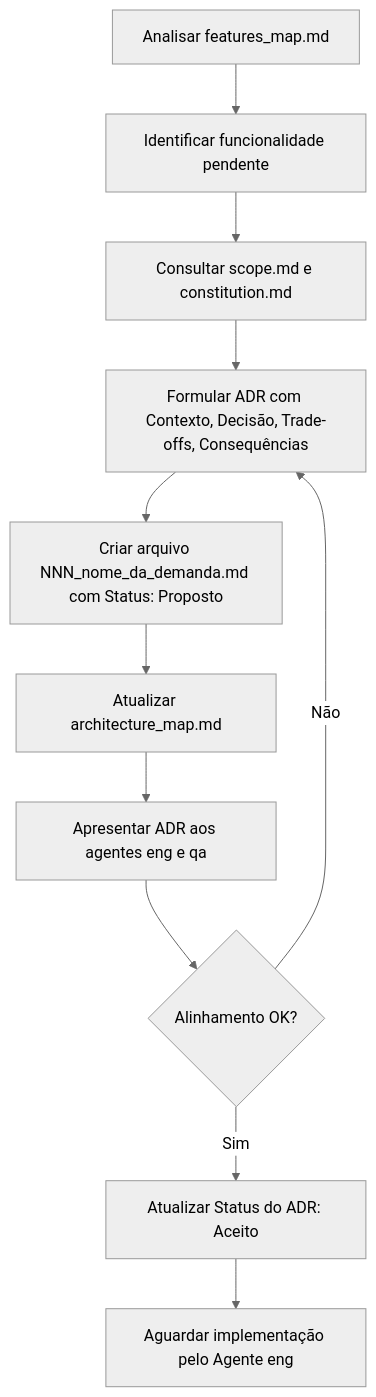
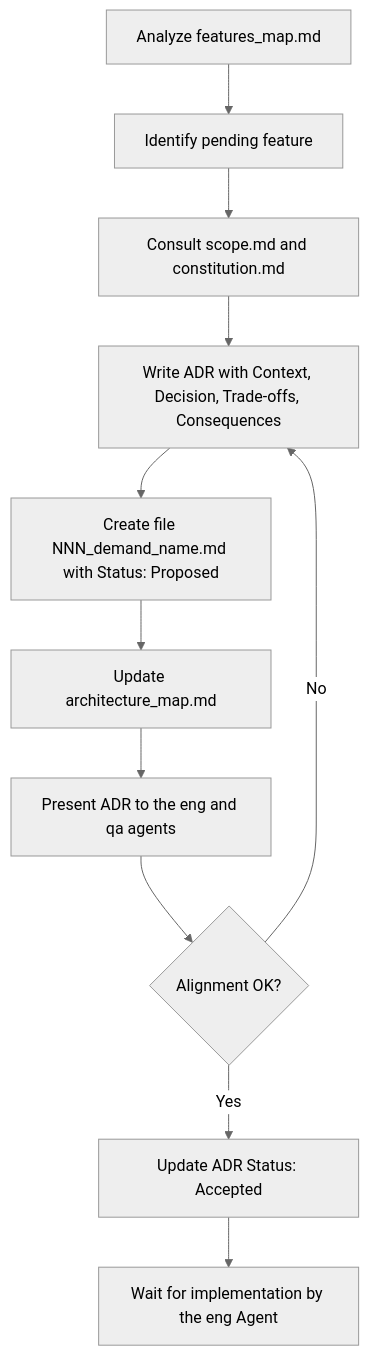
Before and after one commit to invector-tecnologia/cambalhota: the diagram in .agents/arch/agent.md, drawn with Mermaid (neutral theme). The commit also changed other lines of this file and 60 other files, not shown here.

````diff
--- a/.agents/arch/agent.md
+++ b/.agents/arch/agent.md
@@ -96,13 +96,13 @@
 ```mermaid
 flowchart TD
-    A["Analisar features_map.md"] --> B["Identificar funcionalidade pendente"]
-    B --> C["Consultar scope.md e constitution.md"]
-    C --> D["Formular ADR com Contexto, Decisão, Trade-offs, Consequências"]
-    D --> E["Criar arquivo NNN_nome_da_demanda.md com Status: Proposto"]
-    E --> F["Atualizar architecture_map.md"]
-    F --> G["Apresentar ADR aos agentes eng e qa"]
-    G --> H{"Alinhamento OK?"}
-    H -- Não --> D
-    H -- Sim --> I["Atualizar Status do ADR: Aceito"]
-    I --> J["Aguardar implementação pelo Agente eng"]
+    A["Analyze features_map.md"] --> B["Identify pending feature"]
+    B --> C["Consult scope.md and constitution.md"]
+    C --> D["Write ADR with Context, Decision, Trade-offs, Consequences"]
+    D --> E["Create file NNN_demand_name.md with Status: Proposed"]
+    E --> F["Update architecture_map.md"]
+    F --> G["Present ADR to the eng and qa agents"]
+    G --> H{"Alignment OK?"}
+    H -- No --> D
+    H -- Yes --> I["Update ADR Status: Accepted"]
+    I --> J["Wait for implementation by the eng Agent"]
 ```
````
